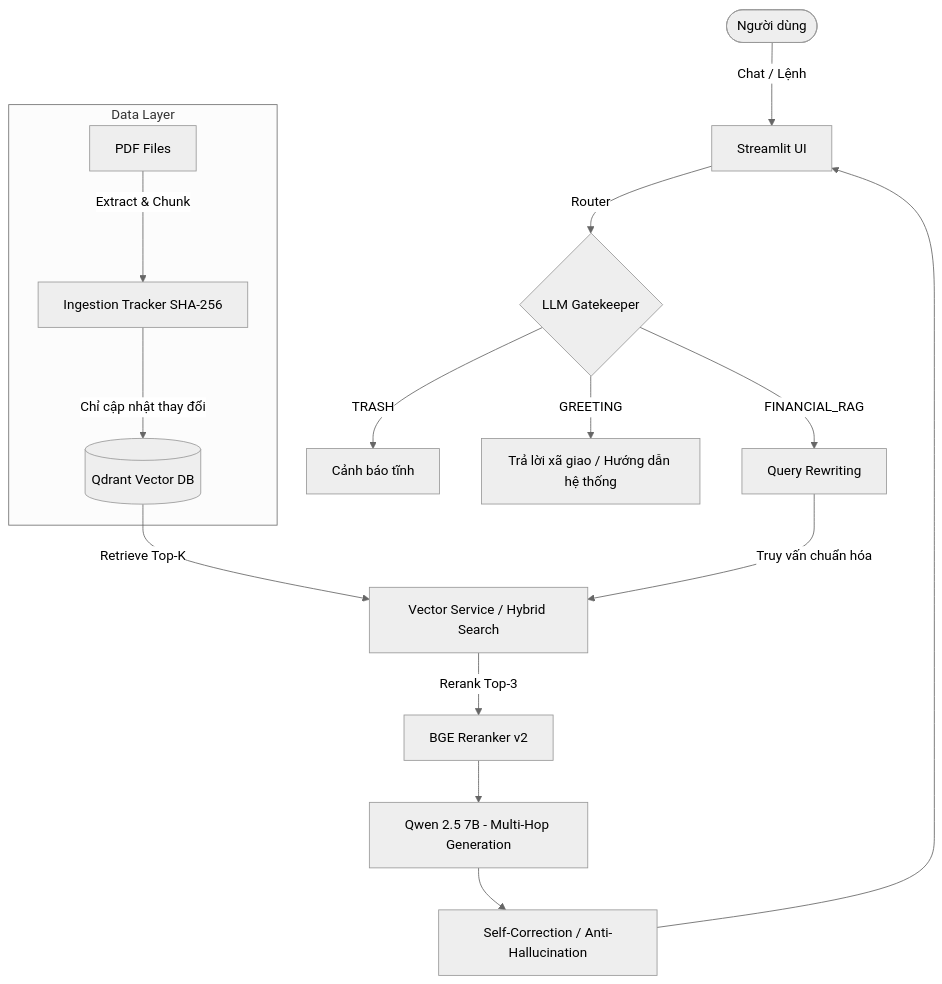
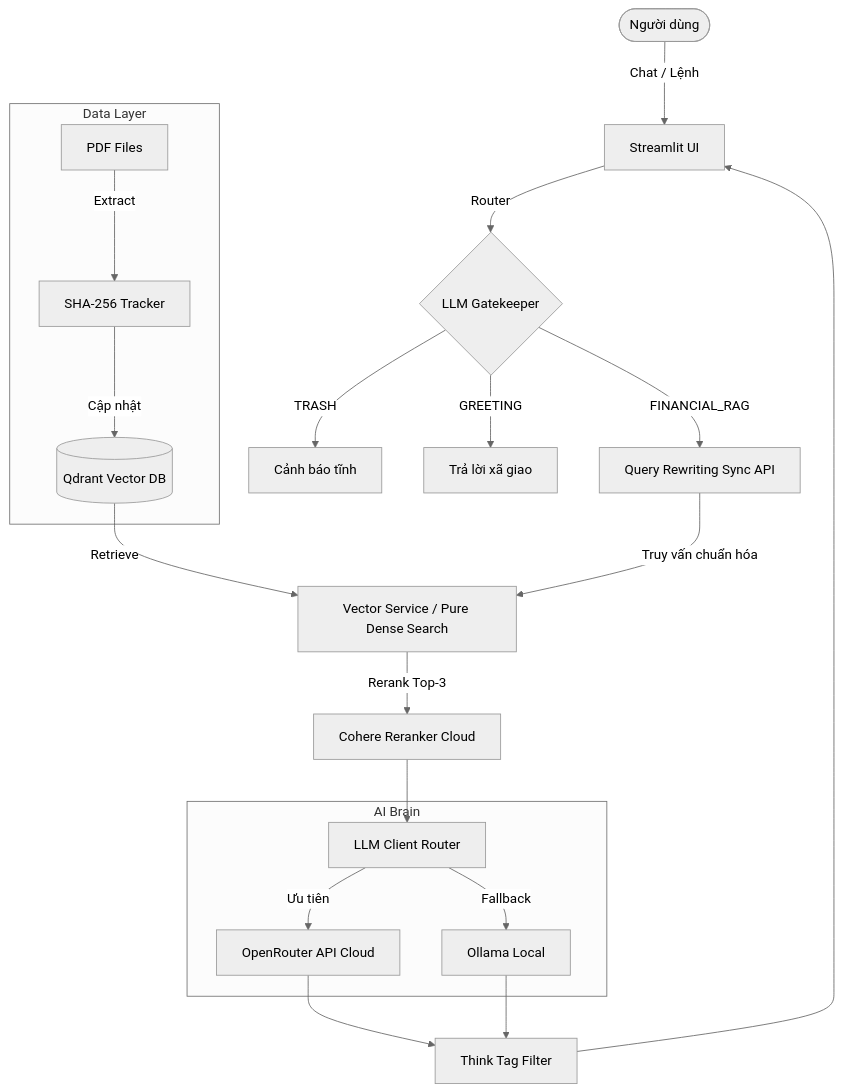
The diagram in README.md (DATCAOTAN/Trading_Advisory_Chatbot), drawn with Mermaid (neutral theme) before and after one commit. The commit also changed other lines of this file and 13 other files, not shown here.

````diff
--- a/README.md
+++ b/README.md
@@ -46,23 +50,29 @@
 ```mermaid
 graph TD
     User([Người dùng]) -->|Chat / Lệnh| UI[Streamlit UI]
     UI -->|Router| Gatekeeper{LLM Gatekeeper}
     
     Gatekeeper -->|TRASH| Reject[Cảnh báo tĩnh]
-    Gatekeeper -->|GREETING| ChitChat[Trả lời xã giao / Hướng dẫn hệ thống]
-    Gatekeeper -->|FINANCIAL_RAG| QR[Query Rewriting]
+    Gatekeeper -->|GREETING| ChitChat[Trả lời xã giao]
+    Gatekeeper -->|FINANCIAL_RAG| QR[Query Rewriting Sync API]
     
-    QR -->|Truy vấn chuẩn hóa| VS[Vector Service / Hybrid Search]
+    QR -->|Truy vấn chuẩn hóa| VS[Vector Service / Pure Dense Search]
     
     subgraph Data Layer
-        PDF[PDF Files] -->|Extract & Chunk| Ingest[Ingestion Tracker SHA-256]
-        Ingest -->|Chỉ cập nhật thay đổi| Qdrant[(Qdrant Vector DB)]
+        PDF[PDF Files] -->|Extract| Ingest[SHA-256 Tracker]
+        Ingest -->|Cập nhật| Qdrant[(Qdrant Vector DB)]
     end
     
-    Qdrant -->|Retrieve Top-K| VS
-    VS -->|Rerank Top-3| Reranker[BGE Reranker v2]
-    Reranker --> LLM[Qwen 2.5 7B - Multi-Hop Generation]
+    Qdrant -->|Retrieve| VS
+    VS -->|Rerank Top-3| Reranker[Cohere Reranker Cloud]
+    Reranker --> Client[LLM Client Router]
     
-    LLM --> SC[Self-Correction / Anti-Hallucination]
-    SC --> UI
+    subgraph AI Brain
+        Client -->|Ưu tiên| OpenRouter[OpenRouter API Cloud]
+        Client -->|Fallback| Ollama[Ollama Local]
+    end
+    
+    OpenRouter --> Filter[Think Tag Filter]
+    Ollama --> Filter
+    Filter --> UI
 ```
````
